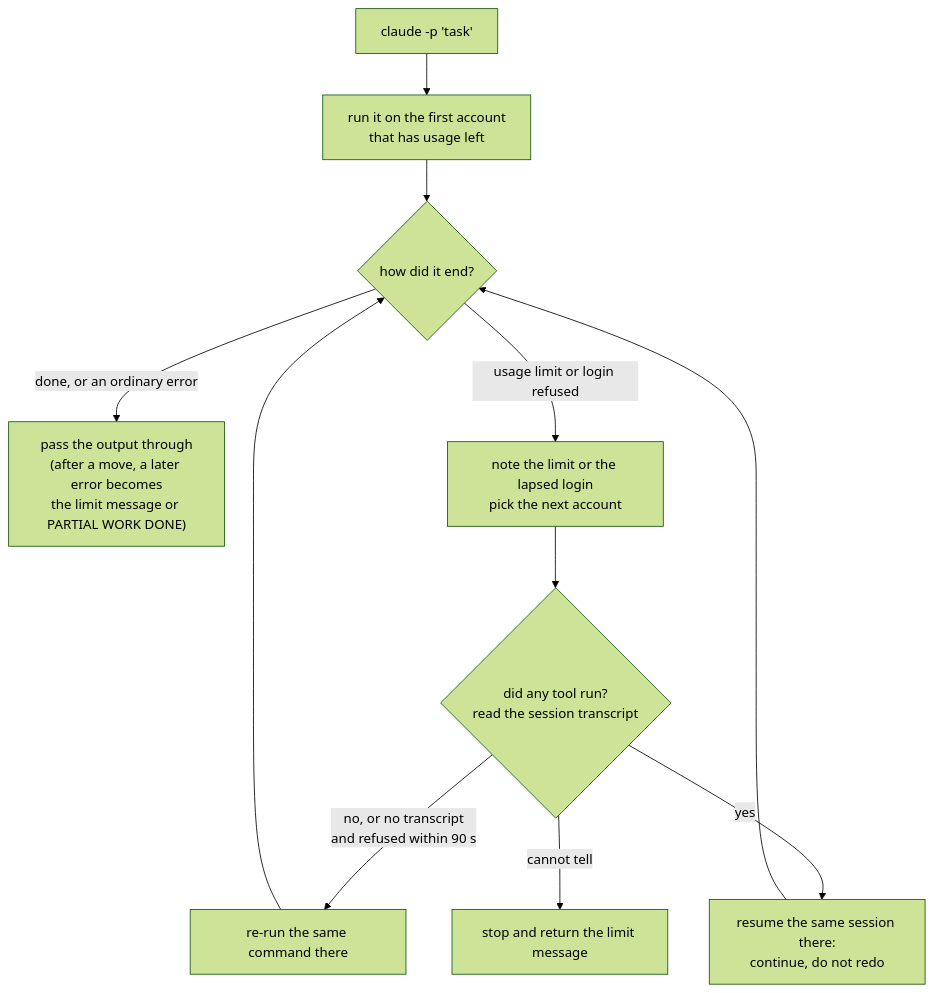
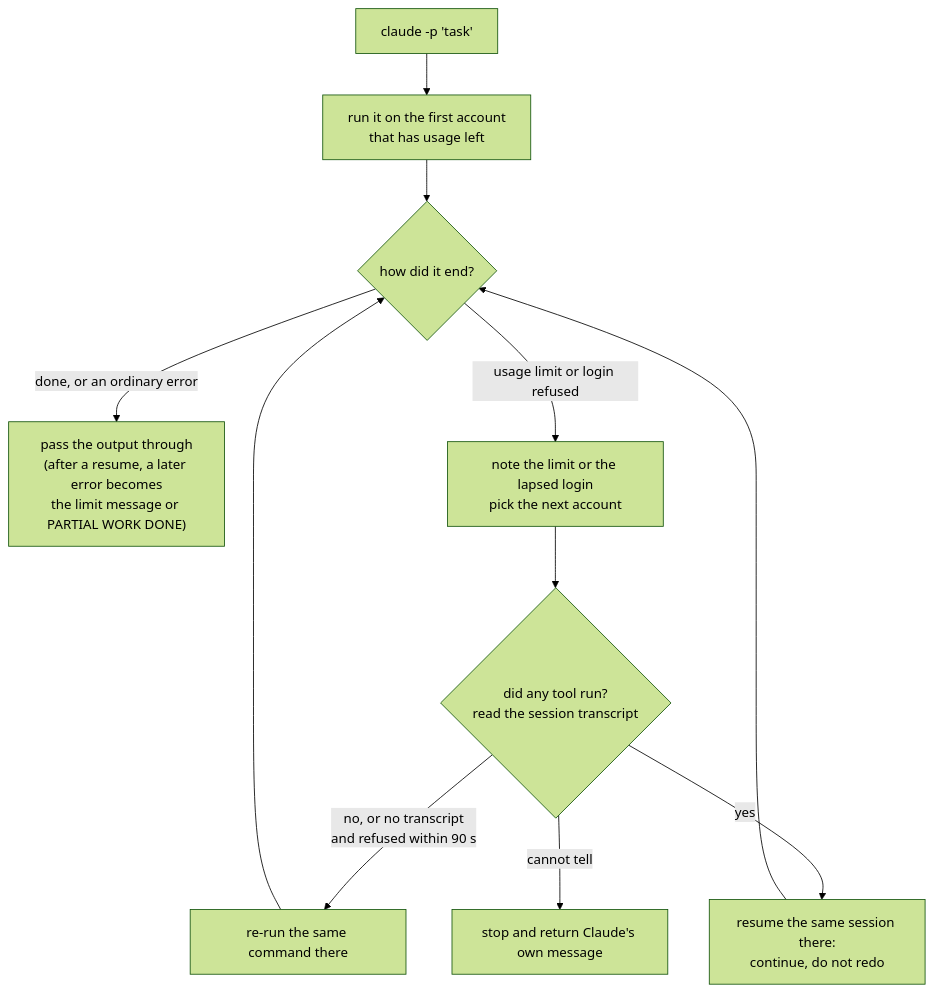
One commit to aarushkandukoori/claude-failover changed the diagram in README.md. Above: the diagram before and after it, drawn with Mermaid (forest theme). The commit also changed other lines of this file and 7 other files, not shown here.

````diff
--- a/README.md
+++ b/README.md
@@ -36,13 +36,13 @@
 ```mermaid
 flowchart TD
     A["claude -p 'task'"] --> B["run it on the first account<br/>that has usage left"]
     B --> C{"how did it end?"}
-    C -->|"done, or an ordinary error"| D["pass the output through<br/>(after a move, a later error becomes<br/>the limit message or PARTIAL WORK DONE)"]
+    C -->|"done, or an ordinary error"| D["pass the output through<br/>(after a resume, a later error becomes<br/>the limit message or PARTIAL WORK DONE)"]
     C -->|"usage limit or login refused"| E["note the limit or the lapsed login<br/>pick the next account"]
     E --> F{"did any tool run?<br/>read the session transcript"}
     F -->|"no, or no transcript<br/>and refused within 90 s"| G["re-run the same command there"]
     F -->|"yes"| H["resume the same session there:<br/>continue, do not redo"]
-    F -->|"cannot tell"| I["stop and return the limit message"]
+    F -->|"cannot tell"| I["stop and return Claude's own message"]
     G --> C
     H --> C
 ```
````
